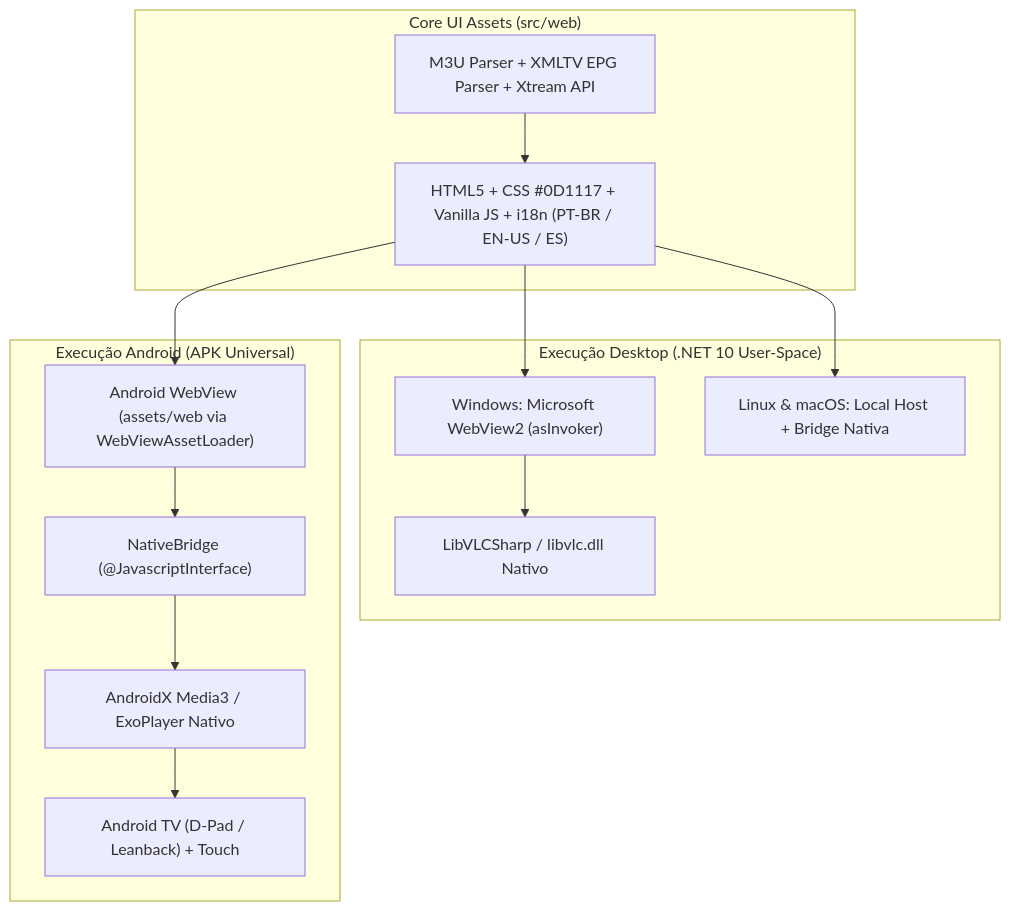
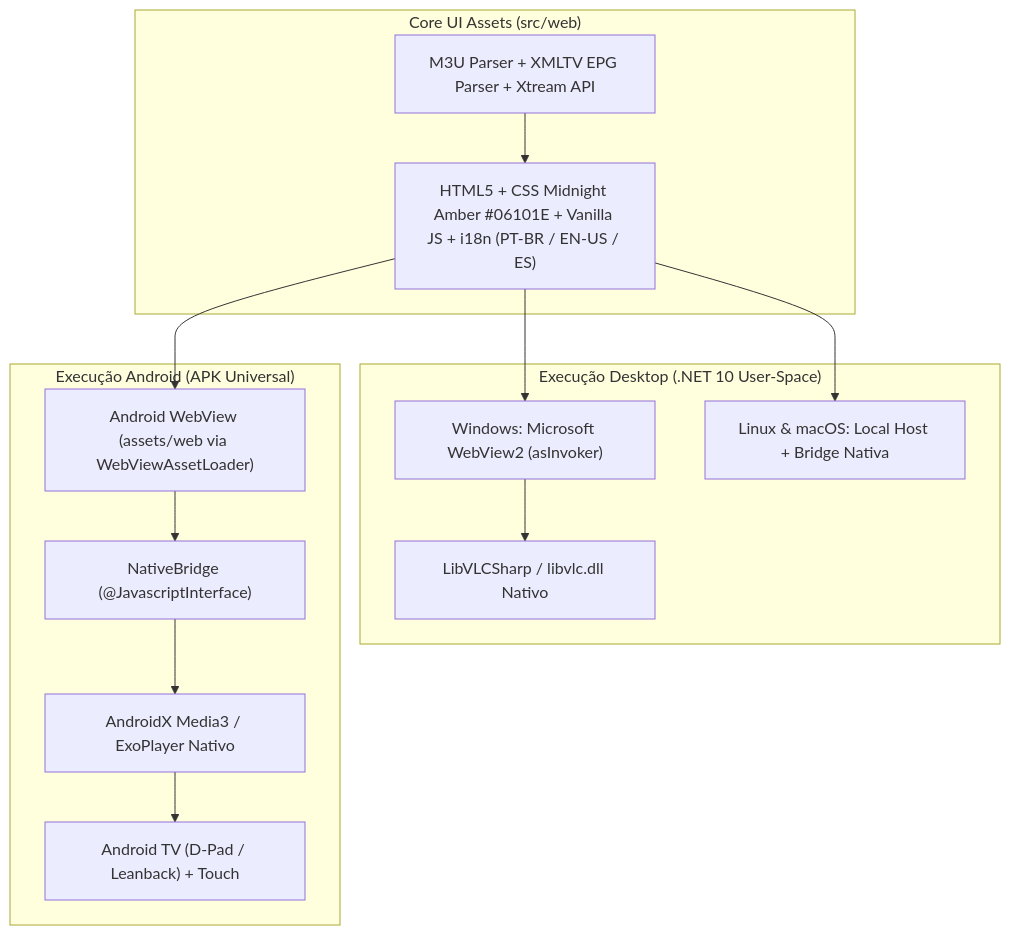
Before and after one commit to CesarOvies/FluiStream: the diagram in README.md, drawn with Mermaid. The commit also changed other lines of this file and 48 other files, not shown here.

Commit message:
feat(ui): apply Midnight Amber visual identity across Web, Desktop and Android

````diff
--- a/README.md
+++ b/README.md
@@ -85,21 +86,21 @@
 ```mermaid
 flowchart TD
     subgraph Core_UI["Core UI Assets (src/web)"]
-        UI["HTML5 + CSS #0D1117 + Vanilla JS + i18n (PT-BR / EN-US / ES)"]
+        UI["HTML5 + CSS Midnight Amber #06101E + Vanilla JS + i18n (PT-BR / EN-US / ES)"]
         Parsers["M3U Parser + XMLTV EPG Parser + Xtream API"]
         Parsers --> UI
     end
 
     subgraph Desktop["Execução Desktop (.NET 10 User-Space)"]
         UI --> WV2["Windows: Microsoft WebView2 (asInvoker)"]
         WV2 --> VLC["LibVLCSharp / libvlc.dll Nativo"]
         UI --> LX["Linux & macOS: Local Host + Bridge Nativa"]
     end
 
     subgraph Android["Execução Android (APK Universal)"]
         UI --> AWV["Android WebView (assets/web via WebViewAssetLoader)"]
         AWV --> NB["NativeBridge (@JavascriptInterface)"]
         NB --> EXO["AndroidX Media3 / ExoPlayer Nativo"]
         EXO --> TV["Android TV (D-Pad / Leanback) + Touch"]
     end
 ```
````
